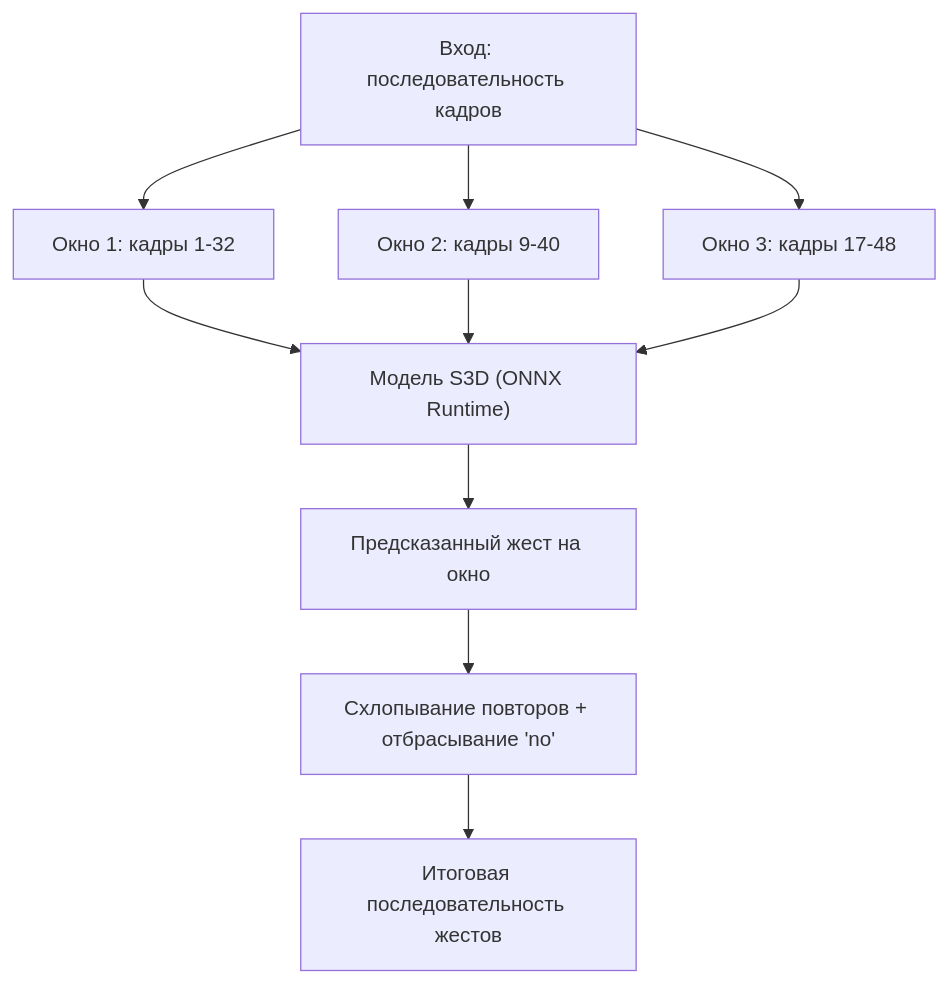
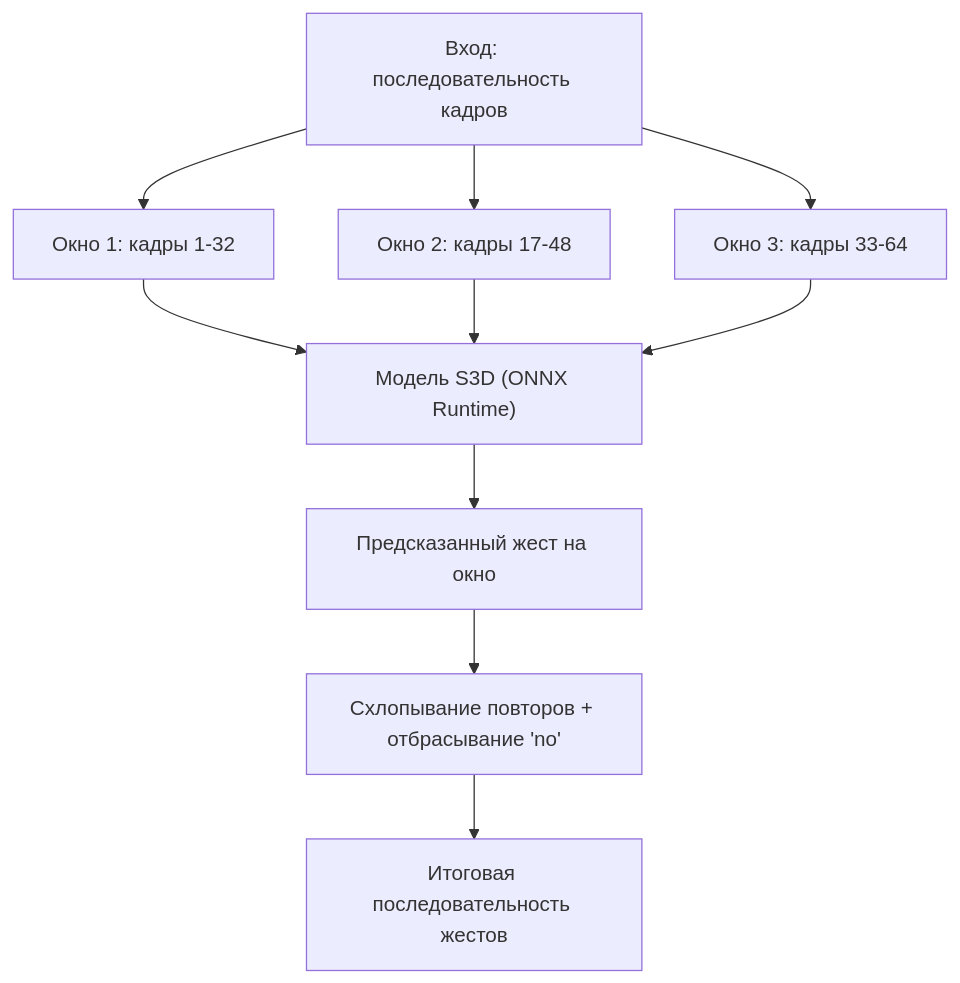
Before and after one commit to hackathon-20251207/ml: the third of 3 diagrams in README.ru.md, drawn with Mermaid. The commit also changed other lines of this file and 19 other files, not shown here.

````diff
--- a/README.ru.md
+++ b/README.ru.md
@@ -96,12 +119,12 @@
 ```mermaid
 graph TD
     V["Вход: последовательность кадров"] --> W1["Окно 1: кадры 1-32"]
-    V --> W2["Окно 2: кадры 9-40"]
-    V --> W3["Окно 3: кадры 17-48"]
+    V --> W2["Окно 2: кадры 17-48"]
+    V --> W3["Окно 3: кадры 33-64"]
     W1 --> M["Модель S3D (ONNX Runtime)"]
     W2 --> M
     W3 --> M
     M --> P["Предсказанный жест на окно"]
     P --> D["Схлопывание повторов + отбрасывание 'no'"]
     D --> R["Итоговая последовательность жестов"]
 ```
````
